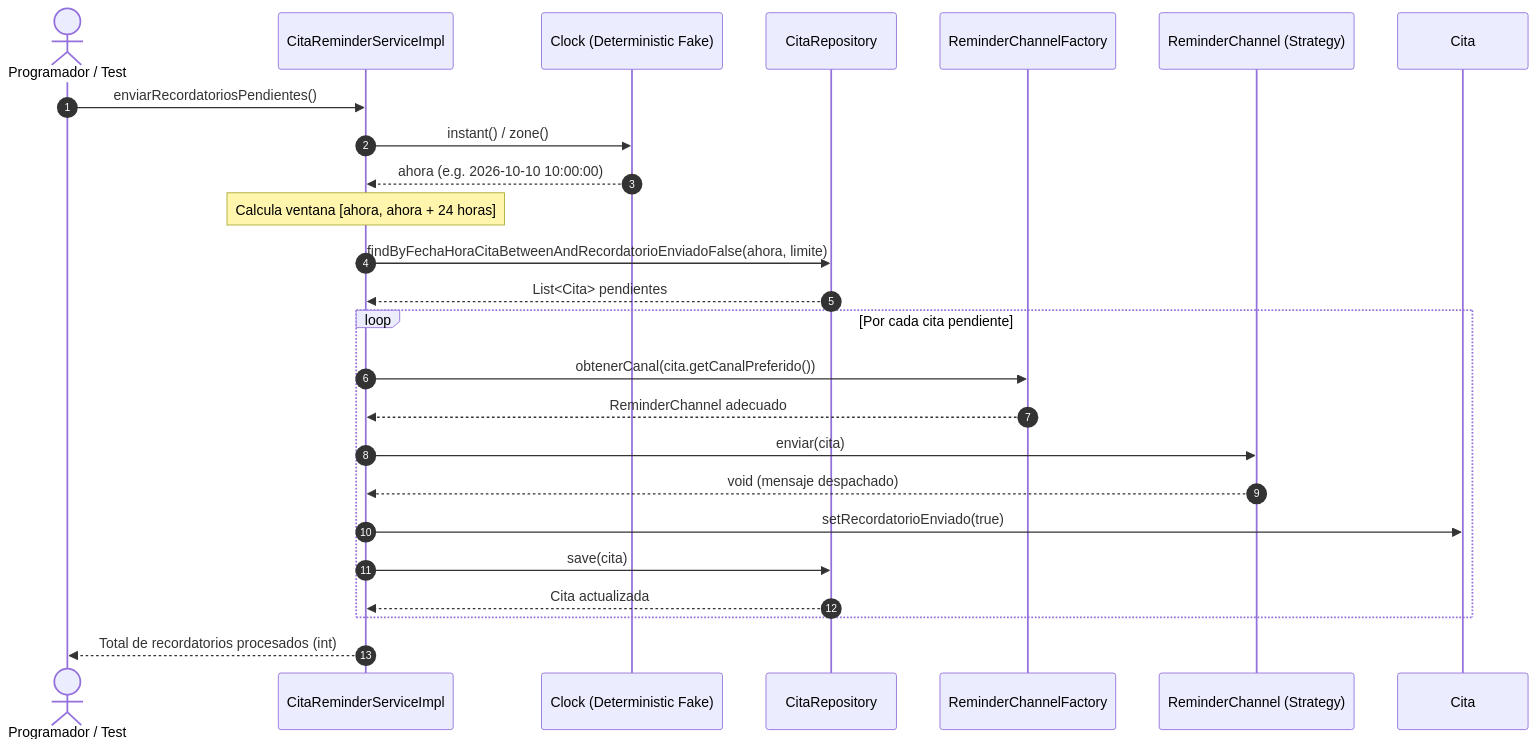
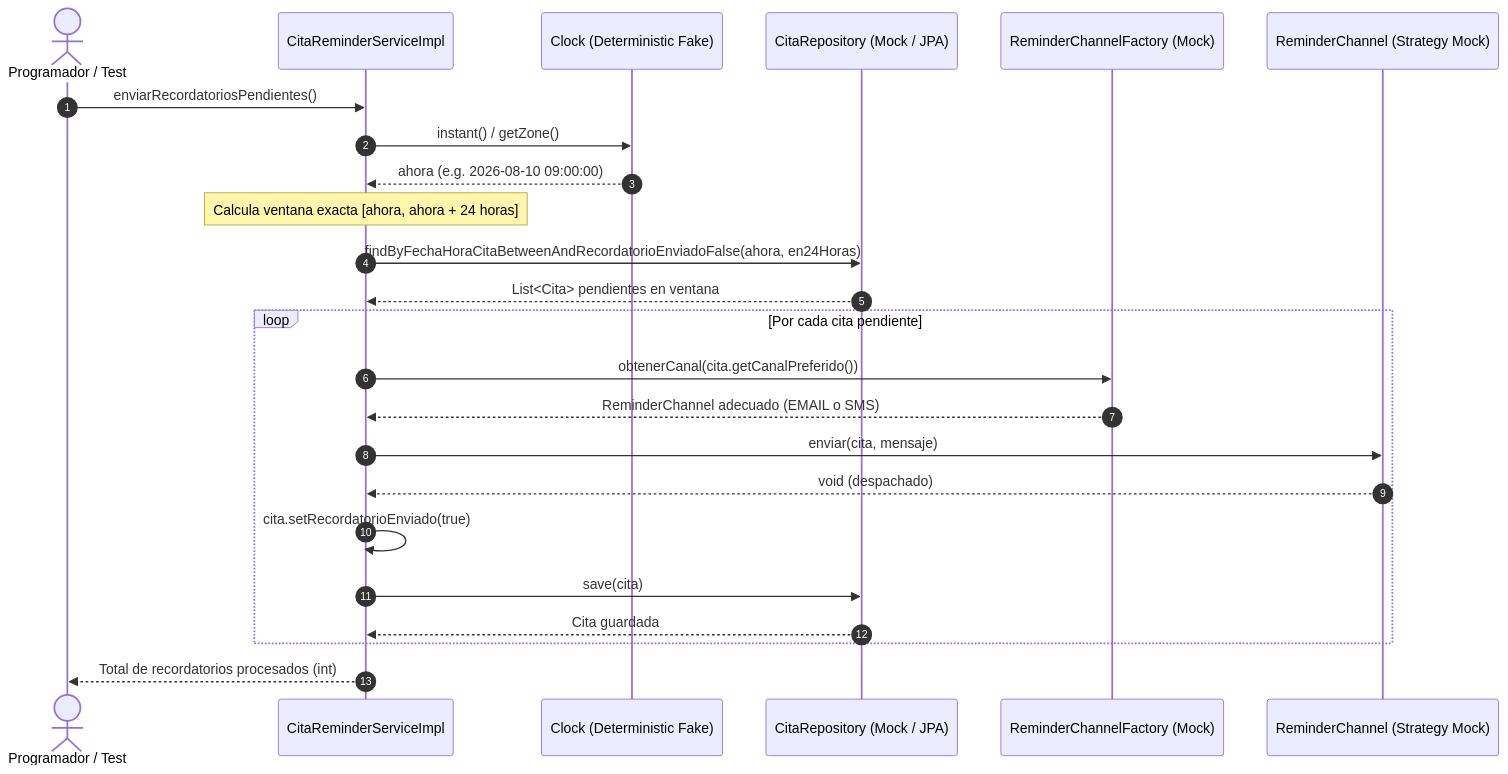
One commit to nicolaspalacio-bit/palacio-post1-u9 changed the second of 3 diagrams in README.md. Above: the diagram before and after it, drawn with Mermaid. The commit also changed other lines of this file and 6 other files, not shown here.

````diff
--- a/README.md
+++ b/README.md
@@ -98,27 +98,27 @@
 ```mermaid
 sequenceDiagram
     autonumber
     actor Cron as Programador / Test
     participant Service as CitaReminderServiceImpl
     participant Clock as Clock (Deterministic Fake)
-    participant Repo as CitaRepository
-    participant Factory as ReminderChannelFactory
-    participant Channel as ReminderChannel (Strategy)
+    participant Repo as CitaRepository (Mock / JPA)
+    participant Factory as ReminderChannelFactory (Mock)
+    participant Channel as ReminderChannel (Strategy Mock)
 
     Cron->>Service: enviarRecordatoriosPendientes()
-    Service->>Clock: instant() / zone()
-    Clock-->>Service: ahora (e.g. 2026-10-10 10:00:00)
-    Note over Service: Calcula ventana [ahora, ahora + 24 horas]
-    Service->>Repo: findByFechaHoraCitaBetweenAndRecordatorioEnviadoFalse(ahora, limite)
-    Repo-->>Service: List<Cita> pendientes
+    Service->>Clock: instant() / getZone()
+    Clock-->>Service: ahora (e.g. 2026-08-10 09:00:00)
+    Note over Service: Calcula ventana exacta [ahora, ahora + 24 horas]
+    Service->>Repo: findByFechaHoraCitaBetweenAndRecordatorioEnviadoFalse(ahora, en24Horas)
+    Repo-->>Service: List<Cita> pendientes en ventana
     loop Por cada cita pendiente
         Service->>Factory: obtenerCanal(cita.getCanalPreferido())
-        Factory-->>Service: ReminderChannel adecuado
-        Service->>Channel: enviar(cita)
-        Channel-->>Service: void (mensaje despachado)
-        Service->>Cita: setRecordatorioEnviado(true)
+        Factory-->>Service: ReminderChannel adecuado (EMAIL o SMS)
+        Service->>Channel: enviar(cita, mensaje)
+        Channel-->>Service: void (despachado)
+        Service->>Service: cita.setRecordatorioEnviado(true)
         Service->>Repo: save(cita)
-        Repo-->>Service: Cita actualizada
+        Repo-->>Service: Cita guardada
     end
     Service-->>Cron: Total de recordatorios procesados (int)
 ```
````
